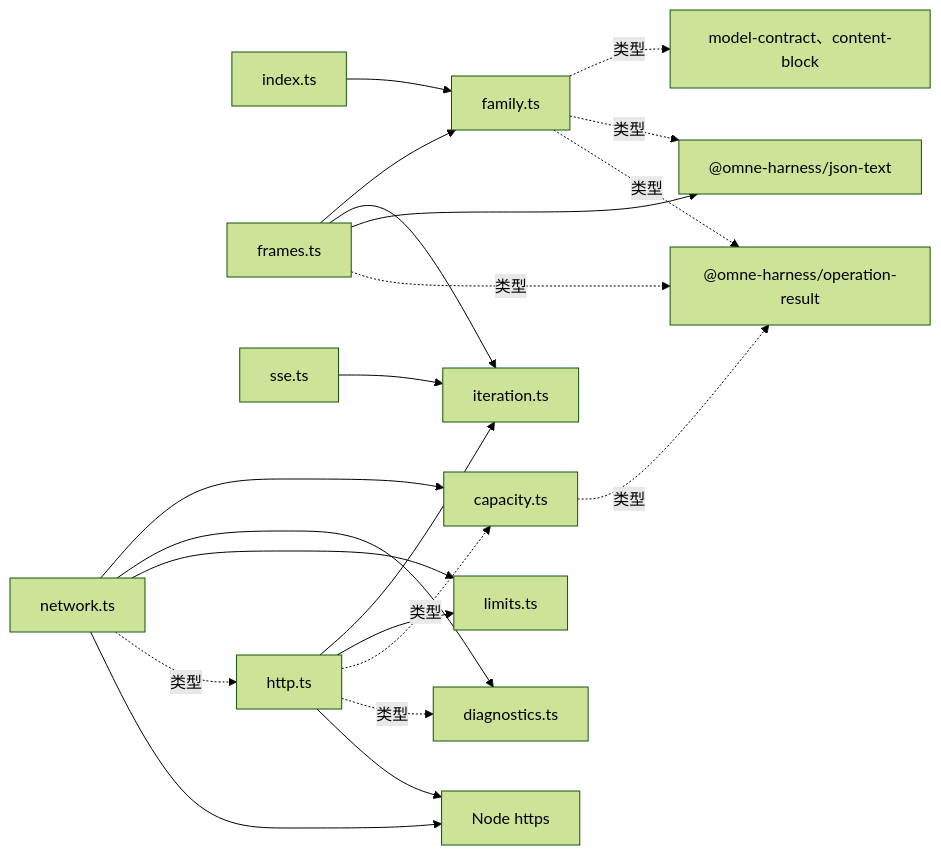
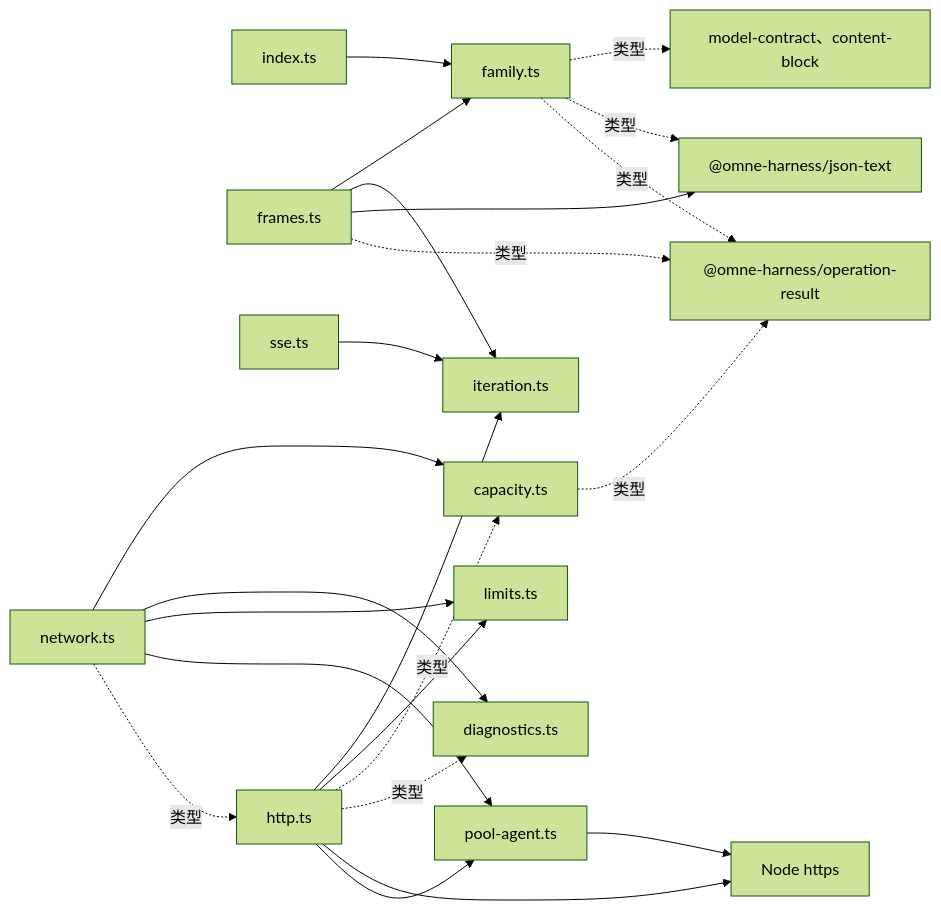
Before and after one commit to nemori-ai/omne-harness-lite: the first of 2 diagrams in packages/model/pi-ai-transport/docs/architecture.md, drawn with Mermaid (forest theme). The commit also changed other lines of this file and 12 other files, not shown here.

````diff
--- a/packages/model/pi-ai-transport/docs/architecture.md
+++ b/packages/model/pi-ai-transport/docs/architecture.md
@@ -22,23 +23,25 @@
 ```mermaid
 flowchart LR
   index[index.ts] --> family[family.ts]
   family -. 类型 .-> contract["model-contract、content-block"]
   family -. 类型 .-> jsonText["@omne-harness/json-text"]
   family -. 类型 .-> result["@omne-harness/operation-result"]
   capacity[capacity.ts] -. 类型 .-> result
   frames[frames.ts] --> family
   frames --> iteration[iteration.ts]
   frames --> jsonText
   frames -. 类型 .-> result
   sse[sse.ts] --> iteration
   http[http.ts] --> iteration
   http --> limits[limits.ts]
   http -. 类型 .-> capacity
   http -. 类型 .-> diagnostics[diagnostics.ts]
   http --> node["Node https"]
+  http --> pool[pool-agent.ts]
+  pool --> node
   network[network.ts] --> capacity
   network --> diagnostics
   network --> limits
+  network --> pool
   network -. 类型 .-> http
-  network --> node
 ```
````
